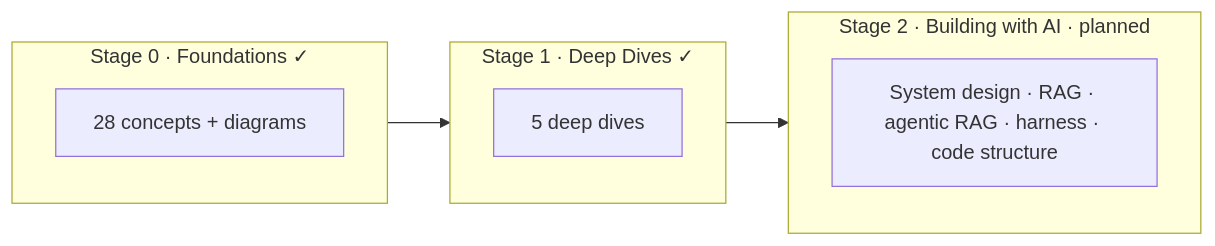
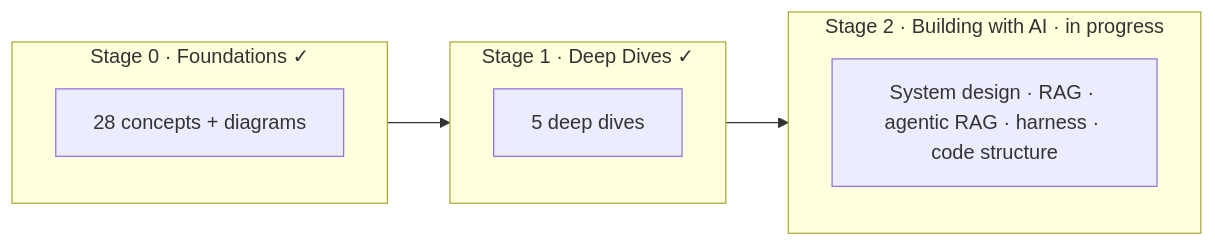
Before and after one commit to namphuongtran/ai-vault: the diagram in content/en/_index.md, drawn with Mermaid. The commit also changed 8 other files, not shown here.

First line of the commit message:
Start Stage 2: AI system design + Building a RAG system (EN + VI) (#20)

````diff
--- a/content/en/_index.md
+++ b/content/en/_index.md
@@ -24,13 +24,13 @@
 ```mermaid
 flowchart LR
     subgraph S0["Stage 0 · Foundations ✓"]
       A0[28 concepts + diagrams]
     end
     subgraph S1["Stage 1 · Deep Dives ✓"]
       A1[5 deep dives]
     end
-    subgraph S2["Stage 2 · Building with AI · planned"]
+    subgraph S2["Stage 2 · Building with AI · in progress"]
       A2[System design · RAG · agentic RAG · harness · code structure]
     end
     S0 --> S1 --> S2
 ```
````
